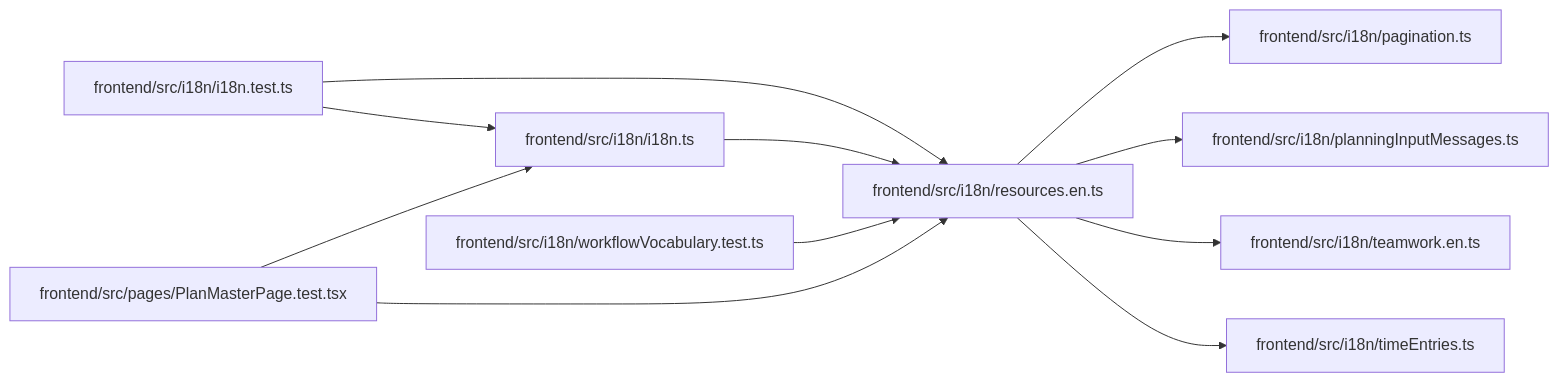
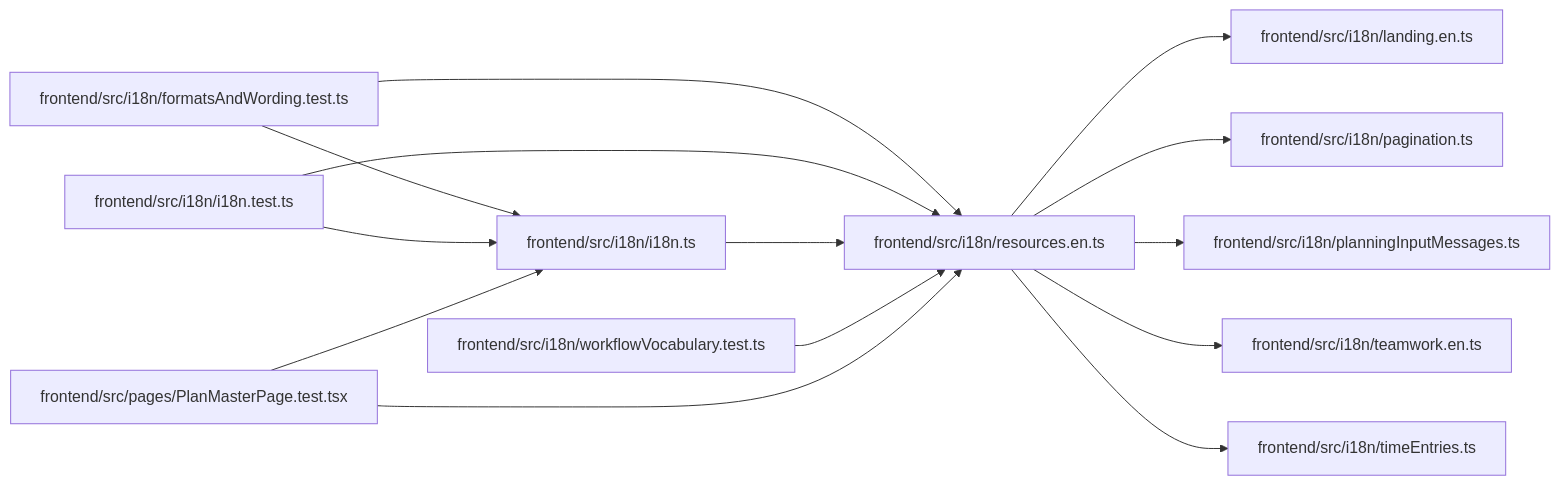
Before and after one commit to Denissvgn/WorkChord: the diagram in docs/llm_wiki/modules/resources.en.md, drawn with Mermaid. The commit also changed other lines of this file and 304 other files, not shown here.

Commit message:
docs(wiki): refresh for formats and wording

````diff
--- a/docs/llm_wiki/modules/resources.en.md
+++ b/docs/llm_wiki/modules/resources.en.md
@@ -28,31 +29,38 @@
 ```mermaid
 flowchart LR
-    n0["frontend/src/i18n/i18n.test.ts"]
-    n1["frontend/src/i18n/i18n.ts"]
-    n2["frontend/src/i18n/pagination.ts"]
-    n3["frontend/src/i18n/planningInputMessages.ts"]
-    n4["frontend/src/i18n/resources.en.ts"]
-    n5["frontend/src/i18n/teamwork.en.ts"]
-    n6["frontend/src/i18n/timeEntries.ts"]
-    n7["frontend/src/i18n/workflowVocabulary.test.ts"]
-    n8["frontend/src/pages/PlanMasterPage.test.tsx"]
-    n0 --> n1
-    n0 --> n4
-    n1 --> n4
-    n4 --> n2
-    n4 --> n3
-    n4 --> n5
-    n4 --> n6
-    n7 --> n4
-    n8 --> n1
-    n8 --> n4
-    click n0 "../modules/i18n.test.md"
-    click n1 "../modules/i18n.md"
-    click n2 "../modules/pagination.md"
-    click n3 "../modules/planningInputMessages.md"
-    click n4 "../modules/resources.en.md"
-    click n5 "../modules/teamwork.en.md"
-    click n6 "../modules/timeEntries.md"
-    click n7 "../modules/workflowVocabulary.test.md"
-    click n8 "../modules/PlanMasterPage.test.md"
+    n0["frontend/src/i18n/formatsAndWording.test.ts"]
+    n1["frontend/src/i18n/i18n.test.ts"]
+    n2["frontend/src/i18n/i18n.ts"]
+    n3["frontend/src/i18n/landing.en.ts"]
+    n4["frontend/src/i18n/pagination.ts"]
+    n5["frontend/src/i18n/planningInputMessages.ts"]
+    n6["frontend/src/i18n/resources.en.ts"]
+    n7["frontend/src/i18n/teamwork.en.ts"]
+    n8["frontend/src/i18n/timeEntries.ts"]
+    n9["frontend/src/i18n/workflowVocabulary.test.ts"]
+    n10["frontend/src/pages/PlanMasterPage.test.tsx"]
+    n0 --> n2
+    n0 --> n6
+    n1 --> n2
+    n1 --> n6
+    n2 --> n6
+    n6 --> n3
+    n6 --> n4
+    n6 --> n5
+    n6 --> n7
+    n6 --> n8
+    n9 --> n6
+    n10 --> n2
+    n10 --> n6
+    click n0 "../modules/formatsAndWording.test.md"
+    click n1 "../modules/i18n.test.md"
+    click n2 "../modules/i18n.md"
+    click n3 "../modules/landing.en.md"
+    click n4 "../modules/pagination.md"
+    click n5 "../modules/planningInputMessages.md"
+    click n6 "../modules/resources.en.md"
+    click n7 "../modules/teamwork.en.md"
+    click n8 "../modules/timeEntries.md"
+    click n9 "../modules/workflowVocabulary.test.md"
+    click n10 "../modules/PlanMasterPage.test.md"
 ```
````
